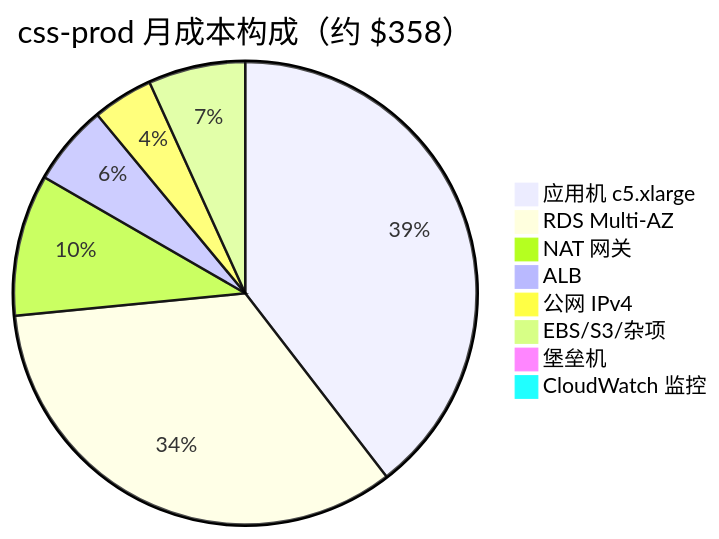
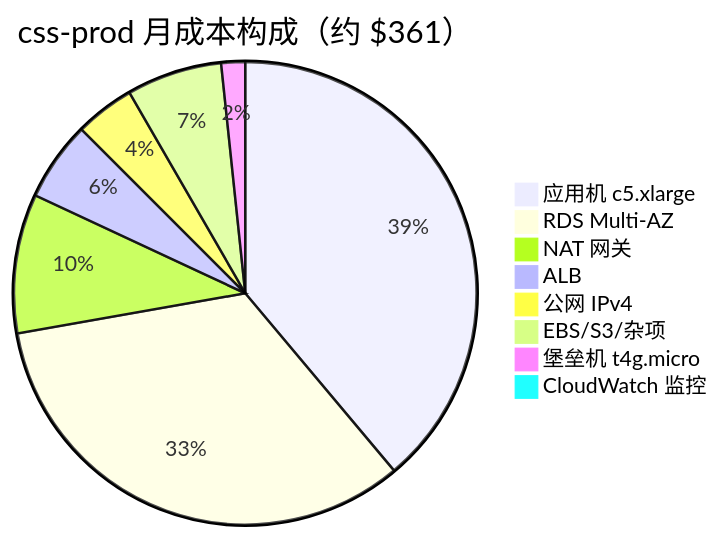
One commit to WenchaoChen1/CSS changed the second of 2 diagrams in docs/环境/成本价格表.md. Above: the diagram before and after it, drawn with Mermaid. The commit also changed other lines of this file and 2 other files, not shown here.

Commit message:
docs: fold 07-31 cost increments into detail tables (non-prod $262, prod $361, per-env $132); move terraform方案 analysis to css-terraform/方案存档

````diff
--- a/docs/环境/成本价格表.md
+++ b/docs/环境/成本价格表.md
@@ -101,11 +103,11 @@
 ```mermaid
-pie title css-prod 月成本构成（约 $358）
+pie title css-prod 月成本构成（约 $361）
     "应用机 c5.xlarge" : 140
     "RDS Multi-AZ" : 120
     "NAT 网关" : 35
     "ALB" : 20
     "公网 IPv4" : 15
     "EBS/S3/杂项" : 24
-    "堡垒机" : 3
+    "堡垒机 t4g.micro" : 6
     "CloudWatch 监控" : 1
 ```
````
